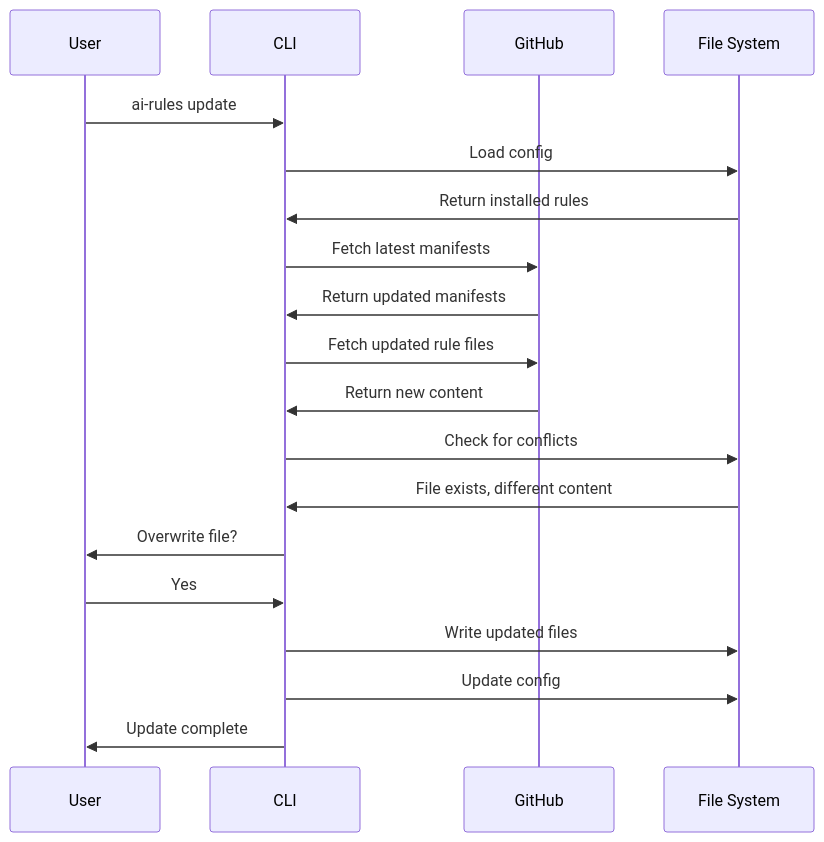
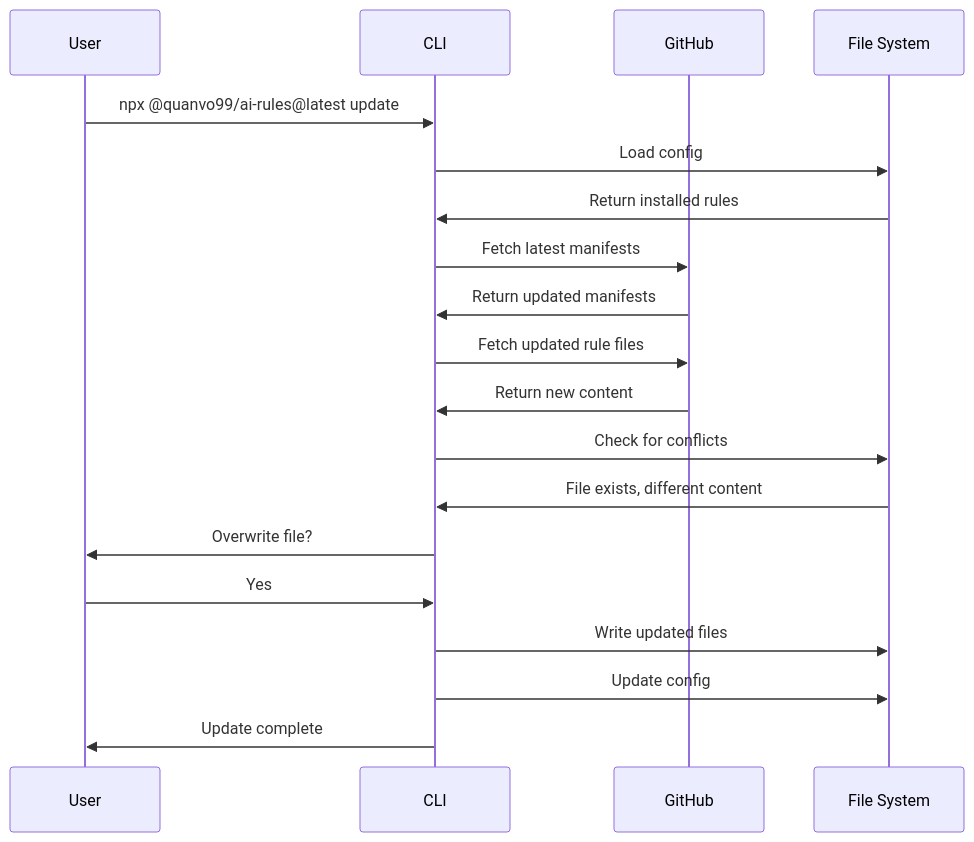
One commit to votrungquan1999/AI-rules-setup changed the third of 3 diagrams in docs/system-design.md. Above: the diagram before and after it, drawn with Mermaid. The commit also changed other lines of this file and 16 other files, not shown here.

First line of the commit message:
docs(cli): standardize CLI invocations on npx @quanvo99/ai-rules@latest

````diff
--- a/docs/system-design.md
+++ b/docs/system-design.md
@@ -139,22 +139,22 @@
 ```mermaid
 sequenceDiagram
     participant U as User
     participant C as CLI
     participant G as GitHub
     participant F as File System
 
-    U->>C: ai-rules update
+    U->>C: npx @quanvo99/ai-rules@latest update
     C->>F: Load config
     F->>C: Return installed rules
     C->>G: Fetch latest manifests
     G->>C: Return updated manifests
     C->>G: Fetch updated rule files
     G->>C: Return new content
     C->>F: Check for conflicts
     F->>C: File exists, different content
     C->>U: Overwrite file?
     U->>C: Yes
     C->>F: Write updated files
     C->>F: Update config
     C->>U: Update complete
 ```
````
